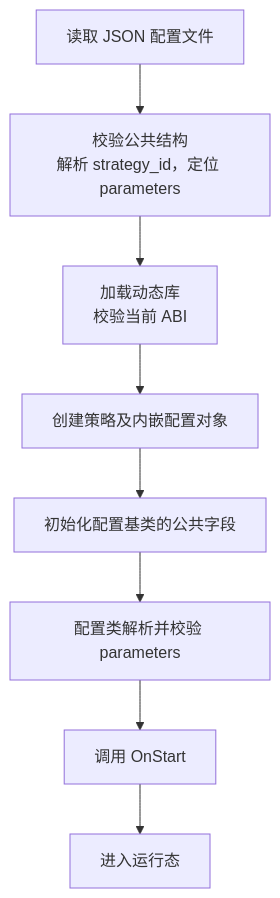
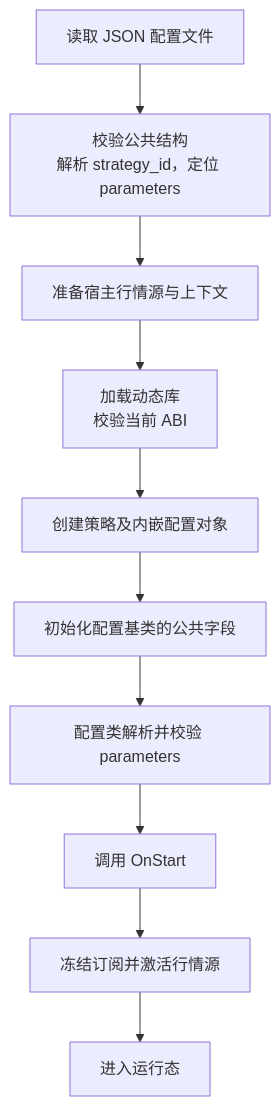
Before and after one commit to yizhenfei/yquant: the diagram in docs/design/strategy-config.md, drawn with Mermaid. The commit also changed other lines of this file and 51 other files, not shown here.

````diff
--- a/docs/design/strategy-config.md
+++ b/docs/design/strategy-config.md
@@ -163,19 +165,23 @@
 ```mermaid
 flowchart TD
     FILE["读取 JSON 配置文件"]
     BASE["校验公共结构<br/>解析 strategy_id，定位 parameters"]
+    PREPARE["准备宿主行情源与上下文"]
     LIBRARY["加载动态库<br/>校验当前 ABI"]
     CREATE["创建策略及内嵌配置对象"]
     INITIALIZE["初始化配置基类的公共字段"]
     PARAMETERS["配置类解析并校验 parameters"]
     START["调用 OnStart"]
+    SOURCE["冻结订阅并激活行情源"]
     RUNNING["进入运行态"]
 
     FILE --> BASE
-    BASE --> LIBRARY
+    BASE --> PREPARE
+    PREPARE --> LIBRARY
     LIBRARY --> CREATE
     CREATE --> INITIALIZE
     INITIALIZE --> PARAMETERS
     PARAMETERS --> START
-    START --> RUNNING
+    START --> SOURCE
+    SOURCE --> RUNNING
 ```
````
